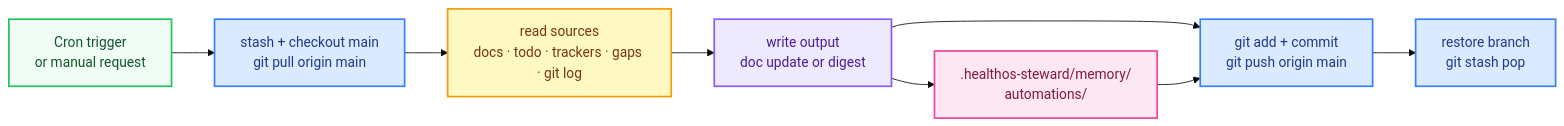
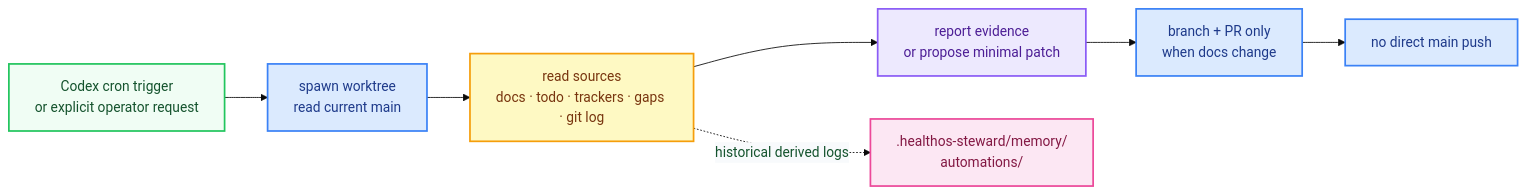
Before and after one commit to myselfgus/HealthOScaffold: diagram 12 of 12 in README.md, drawn with Mermaid. The commit also changed other lines of this file and 75 other files, not shown here.

````diff
--- a/README.md
+++ b/README.md
@@ -830,21 +846,20 @@
 ```mermaid
 %%{init: {'theme': 'base', 'themeVariables': {'primaryColor': '#f0fdf4', 'primaryBorderColor': '#86efac', 'primaryTextColor': '#14532d', 'clusterBkg': '#fafafa', 'clusterBorder': '#e2e8f0', 'titleColor': '#0f172a', 'edgeLabelBackground': '#f8fafc', 'fontFamily': 'ui-sans-serif, system-ui, -apple-system'}}}%%
 flowchart LR
     classDef trigger fill:#f0fdf4,stroke:#22c55e,stroke-width:2px,color:#14532d
     classDef git     fill:#dbeafe,stroke:#3b82f6,stroke-width:2px,color:#1e3a8a
     classDef read    fill:#fef9c3,stroke:#f59e0b,stroke-width:2px,color:#78350f
     classDef write   fill:#ede9fe,stroke:#8b5cf6,stroke-width:2px,color:#4c1d95
     classDef mem     fill:#fce7f3,stroke:#ec4899,stroke-width:2px,color:#831843
 
-    CRON[Cron trigger\nor manual request]:::trigger
-    STASH[stash + checkout main\ngit pull origin main]:::git
+    CRON[Codex cron trigger\nor explicit operator request]:::trigger
+    STASH[spawn worktree\nread current main]:::git
     READ[read sources\ndocs · todo · trackers · gaps · git log]:::read
-    WRITE[write output\ndoc update or digest]:::write
-    COMMIT[git add + commit\ngit push origin main]:::git
-    RESTORE[restore branch\ngit stash pop]:::git
+    WRITE[report evidence\nor propose minimal patch]:::write
+    COMMIT[branch + PR only\nwhen docs change]:::git
+    RESTORE[no direct main push]:::git
     MEM[.healthos-steward/memory/\nautomations/]:::mem
 
     CRON --> STASH --> READ --> WRITE --> COMMIT --> RESTORE
-    WRITE --> MEM
-    MEM --> COMMIT
+    READ -. historical derived logs .-> MEM
 ```
````
